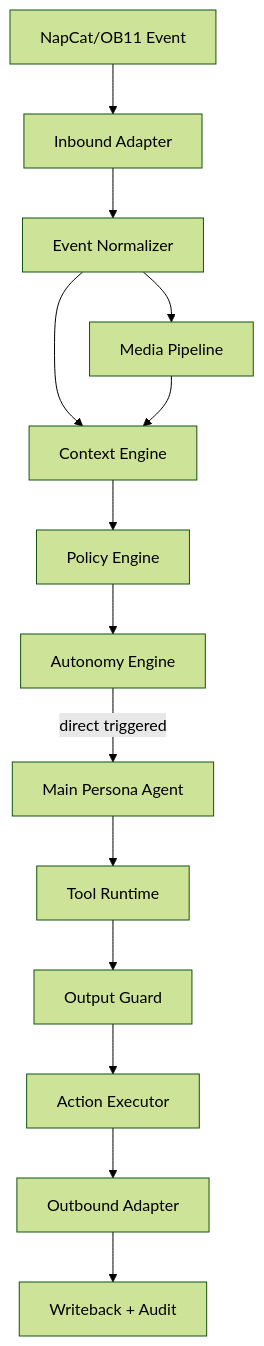
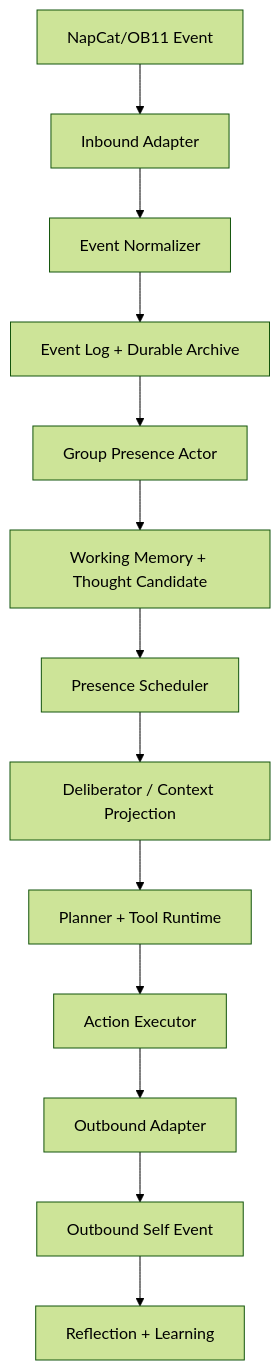
The first of 2 diagrams in DESIGN.md (Penryn/go-agent), drawn with Mermaid (forest theme) before and after one commit. The commit also changed other lines of this file and 29 other files, not shown here.

Commit message:
refactor: migrate to human presence runtime

````diff
--- a/DESIGN.md
+++ b/DESIGN.md
@@ -1798,16 +1801,15 @@
 ```mermaid
 flowchart TD
   A[NapCat/OB11 Event] --> B[Inbound Adapter]
   B --> C[Event Normalizer]
-  C --> D[Media Pipeline]
-  C --> E[Context Engine]
-  D --> E
-  E --> F[Policy Engine]
-  F --> G[Autonomy Engine]
-  G -->|direct triggered| H[Main Persona Agent]
-  H --> I[Tool Runtime]
-  I --> J[Output Guard]
-  J --> K[Action Executor]
-  K --> L[Outbound Adapter]
-  L --> M[Writeback + Audit]
+  C --> D[Event Log + Durable Archive]
+  D --> E[Group Presence Actor]
+  E --> F[Working Memory + Thought Candidate]
+  F --> G[Presence Scheduler]
+  G --> H[Deliberator / Context Projection]
+  H --> I[Planner + Tool Runtime]
+  I --> J[Action Executor]
+  J --> K[Outbound Adapter]
+  K --> L[Outbound Self Event]
+  L --> M[Reflection + Learning]
 ```
````
